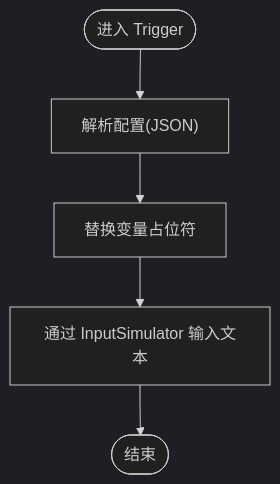
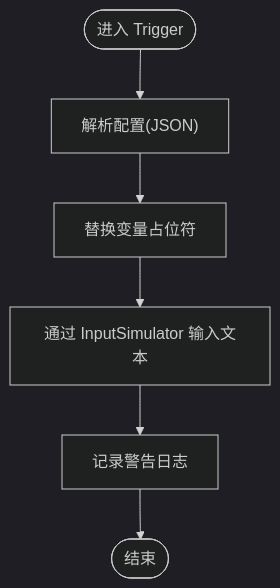
The third of 8 diagrams in .qoder/repowiki/zh/content/开发者指南/动作类开发/动作类开发.md (tea4go/Macro-Deck-Windows-Utils-Plugin), drawn with Mermaid (dark theme) before and after one commit. The commit also changed other lines of this file and 16 other files, not shown here.

````diff
--- a/.qoder/repowiki/zh/content/开发者指南/动作类开发/动作类开发.md
+++ b/.qoder/repowiki/zh/content/开发者指南/动作类开发/动作类开发.md
@@ -188,7 +223,8 @@
 ```mermaid
 flowchart TD
 Start(["进入 Trigger"]) --> Parse["解析配置(JSON)"]
 Parse --> ReplaceVars["替换变量占位符"]
 ReplaceVars --> InputText["通过 InputSimulator 输入文本"]
-InputText --> End(["结束"])
+InputText --> LogWarn["记录警告日志"]
+LogWarn --> End(["结束"])
 ```
````
